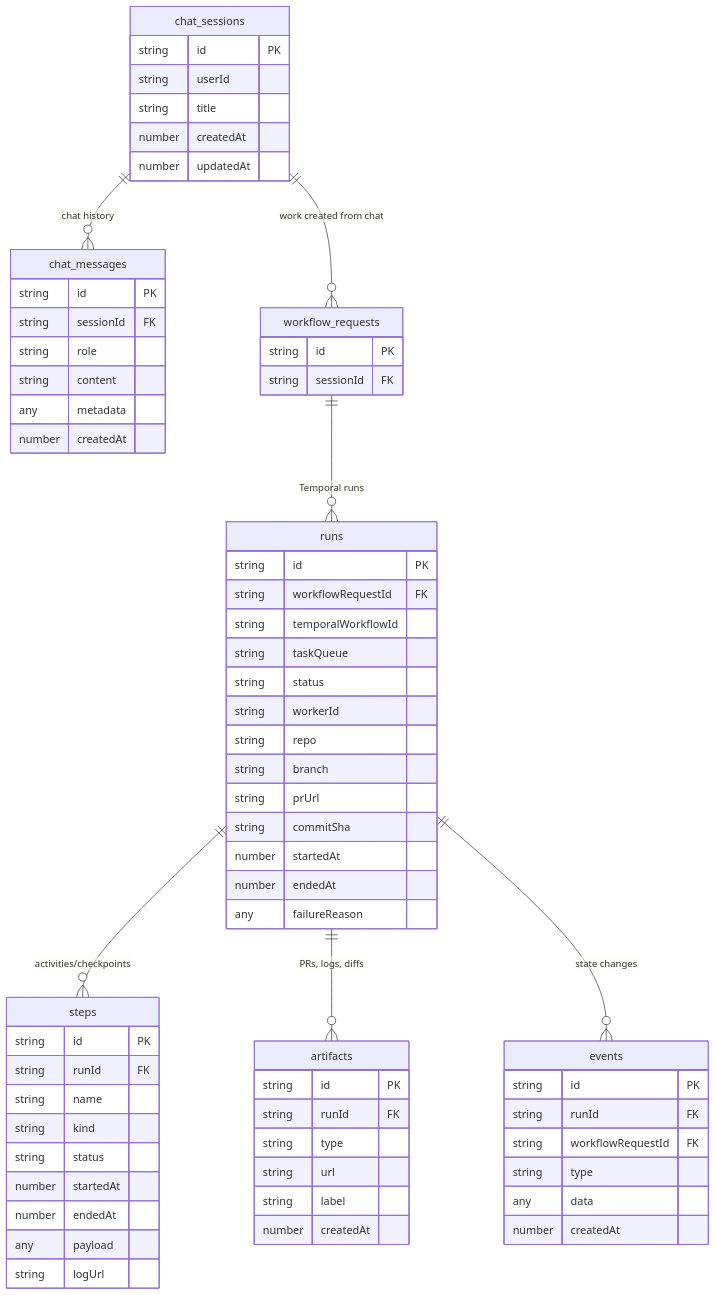
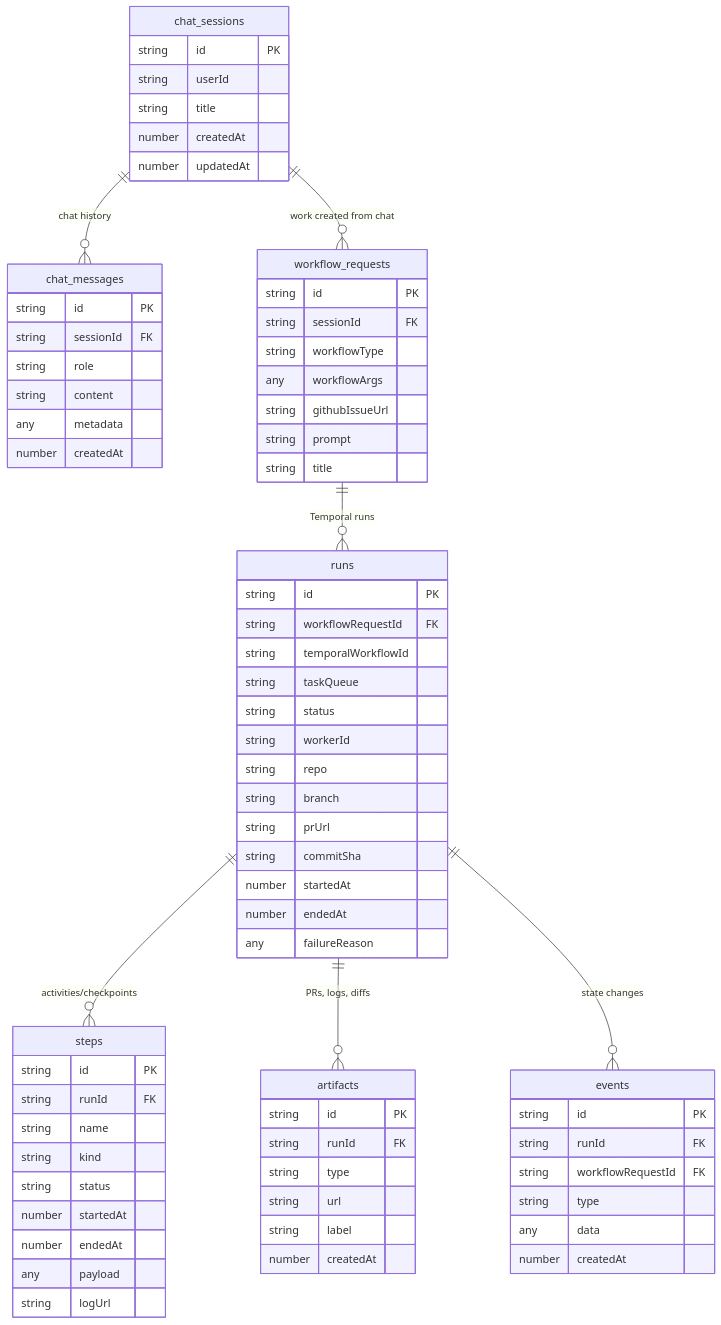
The diagram in docs/jangar/persistence.md (proompteng/lab), drawn with Mermaid before and after one commit. The commit also changed other lines of this file, not shown here.

Commit message:
docs: add workflow type/args, issue url, prompt/title to workflow_requests

````diff
--- a/docs/jangar/persistence.md
+++ b/docs/jangar/persistence.md
@@ -32,77 +32,82 @@
 ```mermaid
 erDiagram
   chat_sessions {
     string id PK
     string userId
     string title
     number createdAt
     number updatedAt
   }
 
   chat_messages {
     string id PK
     string sessionId FK
     string role
     string content
     any    metadata
     number createdAt
   }
 
   workflow_requests {
     string id PK
     string sessionId FK
+    string workflowType
+    any    workflowArgs
+    string githubIssueUrl
+    string prompt
+    string title
   }
 
   runs {
     string id PK
     string workflowRequestId FK
     string temporalWorkflowId
     string taskQueue
     string status
     string workerId
     string repo
     string branch
     string prUrl
     string commitSha
     number startedAt
     number endedAt
     any    failureReason
   }
 
   steps {
     string id PK
     string runId FK
     string name
     string kind
     string status
     number startedAt
     number endedAt
     any    payload
     string logUrl
   }
 
   artifacts {
     string id PK
     string runId FK
     string type
     string url
     string label
     number createdAt
   }
 
   events {
     string id PK
     string runId FK
     string workflowRequestId FK
     string type
     any    data
     number createdAt
   }
 
   chat_sessions ||--o{ chat_messages : "chat history"
   chat_sessions ||--o{ workflow_requests : "work created from chat"
   workflow_requests ||--o{ runs : "Temporal runs"
   runs ||--o{ steps : "activities/checkpoints"
   runs ||--o{ artifacts : "PRs, logs, diffs"
   runs ||--o{ events : "state changes"
 ```
````
